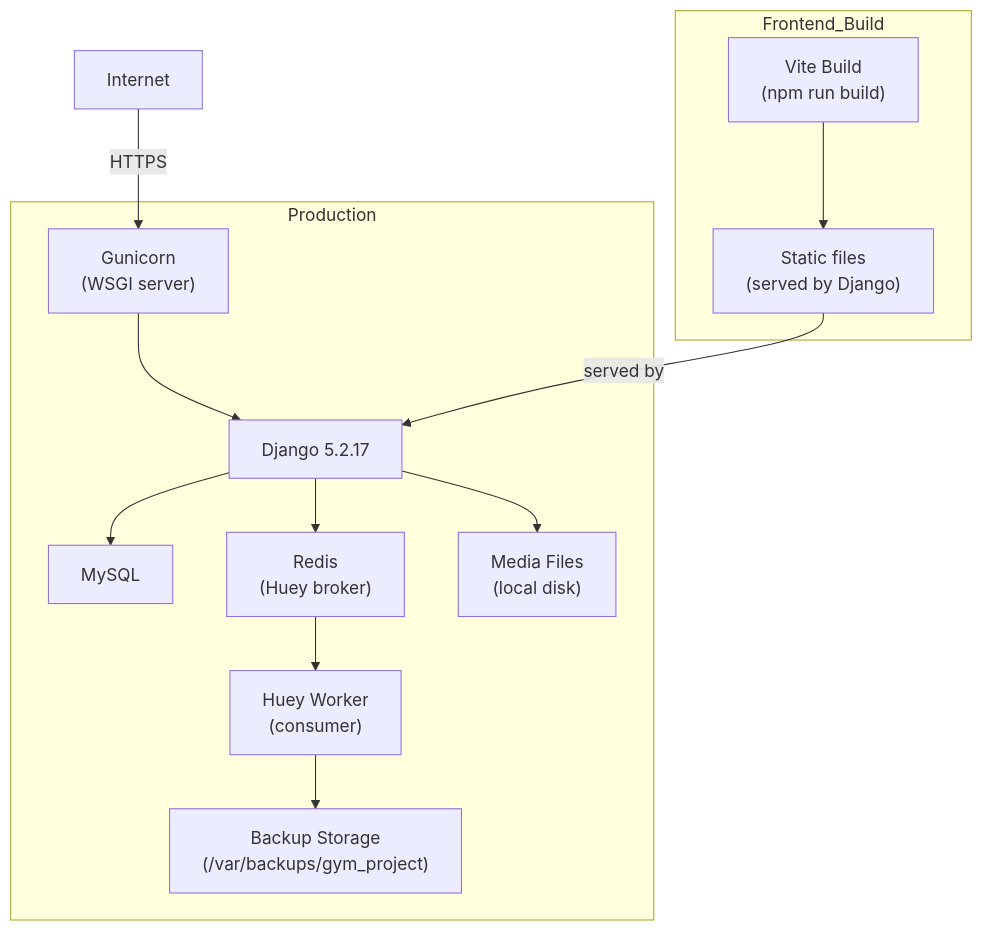
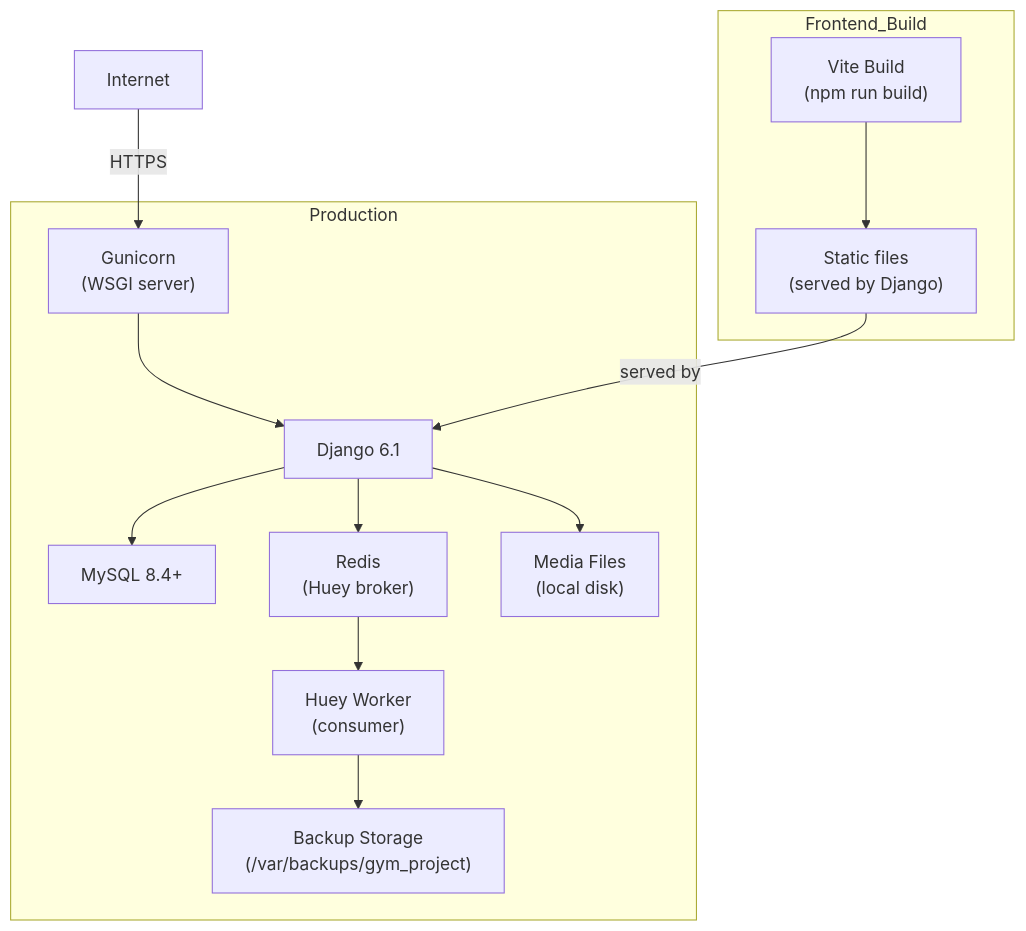
One commit to carlos18bp/gym_project changed the eighth of 8 diagrams in docs/methodology/architecture.md. Above: the diagram before and after it, drawn with Mermaid. The commit also changed other lines of this file and 20 other files, not shown here.

````diff
--- a/docs/methodology/architecture.md
+++ b/docs/methodology/architecture.md
@@ -484,27 +487,27 @@
 ```mermaid
 flowchart TD
     subgraph Production
         Gunicorn["Gunicorn\n(WSGI server)"]
-        Django["Django 5.2.17"]
-        MySQL["MySQL"]
+        Django["Django 6.1"]
+        MySQL["MySQL 8.4+"]
         RedisQ["Redis\n(Huey broker)"]
         HueyW["Huey Worker\n(consumer)"]
         Media["Media Files\n(local disk)"]
         Backup["Backup Storage\n(/var/backups/gym_project)"]
     end
 
     subgraph Frontend_Build
         ViteBuild["Vite Build\n(npm run build)"]
         StaticFiles["Static files\n(served by Django)"]
     end
 
     Internet["Internet"] -->|"HTTPS"| Gunicorn
     Gunicorn --> Django
     Django --> MySQL
     Django --> Media
     Django --> RedisQ
     RedisQ --> HueyW
     HueyW --> Backup
     ViteBuild --> StaticFiles
     StaticFiles -->|"served by"| Django
 ```
````
